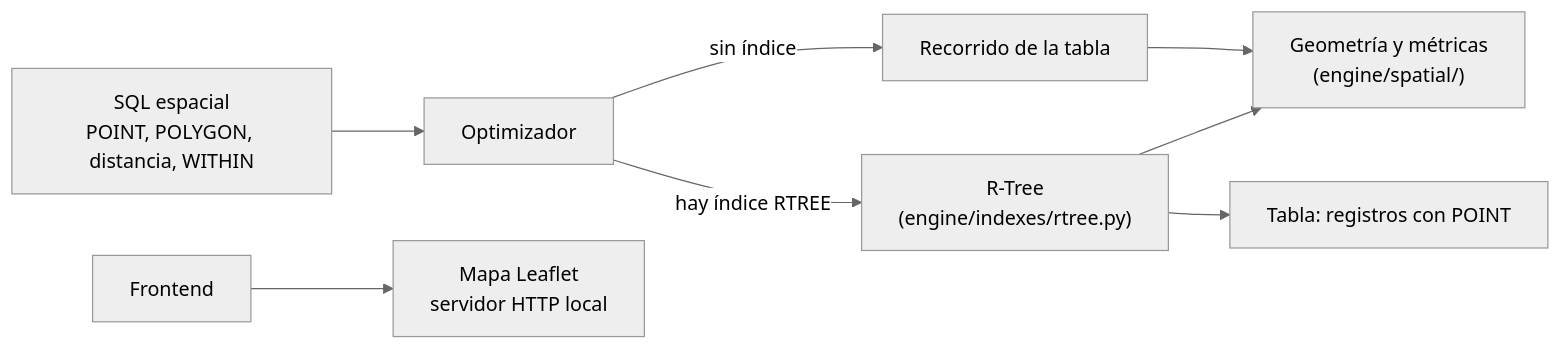
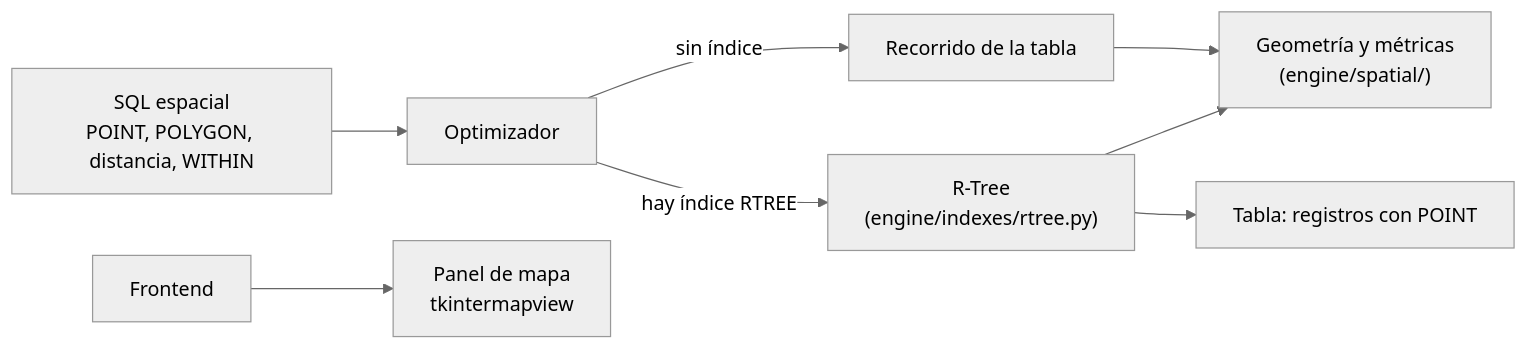
Before and after one commit to josegc02/Multimodal-tiny-database-engine: the second of 2 diagrams in docs/informe.md, drawn with Mermaid (neutral theme). The commit also changed other lines of this file and 3 other files, not shown here.

Commit message:
docs: describir el mapa nativo en lugar de Leaflet

````diff
--- a/docs/informe.md
+++ b/docs/informe.md
@@ -469,10 +469,10 @@
 ```mermaid
 flowchart LR
     SQL["SQL espacial<br/>POINT, POLYGON, distancia, WITHIN"] --> OPT["Optimizador"]
     OPT -->|"hay índice RTREE"| RT["R-Tree<br/>(engine/indexes/rtree.py)"]
     OPT -->|"sin índice"| SCAN["Recorrido de la tabla"]
     RT --> GEO["Geometría y métricas<br/>(engine/spatial/)"]
     SCAN --> GEO
     RT --> HEAP["Tabla: registros con POINT"]
-    UI["Frontend"] --> MAPA["Mapa Leaflet<br/>servidor HTTP local"]
+    UI["Frontend"] --> MAPA["Panel de mapa<br/>tkintermapview"]
 ```
````
